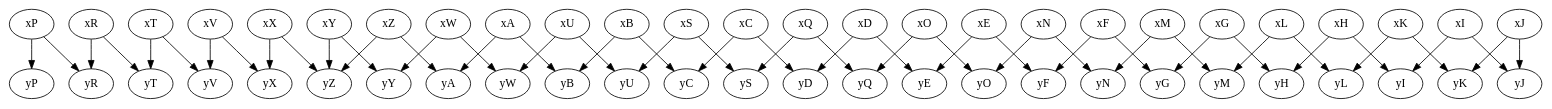
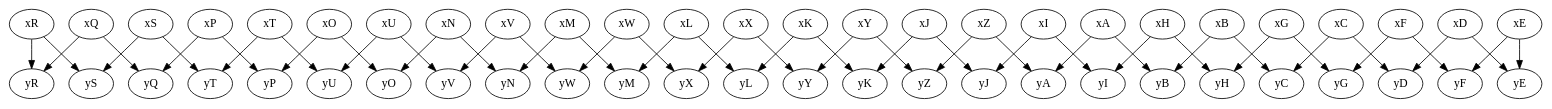
One commit to dilawar/Courses changed the diagram in InformationTheory2015/Assignment04/channel_textbook.dot. Above: the diagram before and after it, drawn with Graphviz.

Commit message:
Fixed the channel.

```diff
--- a/InformationTheory2015/Assignment04/channel_textbook.dot
+++ b/InformationTheory2015/Assignment04/channel_textbook.dot
@@ -1,28 +1,28 @@
 digraph channel {
     xA -> yA, yB [ prob = 0.5 ];
     xB -> yB, yC [ prob = 0.5 ];
     xC -> yC, yD [ prob = 0.5 ];
     xD -> yD, yE [ prob = 0.5 ];
     xE -> yE, yF [ prob = 0.5 ];
     xF -> yF, yG [ prob = 0.5 ];
     xG -> yG, yH [ prob = 0.5 ];
     xH -> yH, yI [ prob = 0.5 ];
     xI -> yI, yJ [ prob = 0.5 ];
     xJ -> yJ, yK [ prob = 0.5 ];
     xK -> yK, yL [ prob = 0.5 ];
     xL -> yL, yM [ prob = 0.5 ];
     xM -> yM, yN [ prob = 0.5 ];
     xN -> yN, yO [ prob = 0.5 ];
-    xO -> yO, yQ [ prob = 0.5 ];
-    xP -> yP, yR [ prob = 0.5 ];
-    xQ -> yQ, yS [ prob = 0.5 ];
-    xR -> yR, yT [ prob = 0.5 ];
-    xS -> yS, yU [ prob = 0.5 ];
-    xT -> yT, yV [ prob = 0.5 ];
-    xU -> yU, yW [ prob = 0.5 ];
-    xV -> yV, yX [ prob = 0.5 ];
-    xW -> yW, yY [ prob = 0.5 ];
-    xX -> yX, yZ [ prob = 0.5 ];
+    xO -> yO, yP [ prob = 0.5 ];
+    xP -> yP, yQ [ prob = 0.5 ];
+    xQ -> yQ, yR [ prob = 0.5 ];
+    xR -> yR, yS [ prob = 0.5 ];
+    xS -> yS, yT [ prob = 0.5 ];
+    xT -> yT, yU [ prob = 0.5 ];
+    xU -> yU, yV [ prob = 0.5 ];
+    xV -> yV, yW [ prob = 0.5 ];
+    xW -> yW, yX [ prob = 0.5 ];
+    xX -> yX, yY [ prob = 0.5 ];
     xY -> yY, yZ [ prob = 0.5 ];
     xZ -> yZ, yA [ prob = 0.5 ];
 }
```
